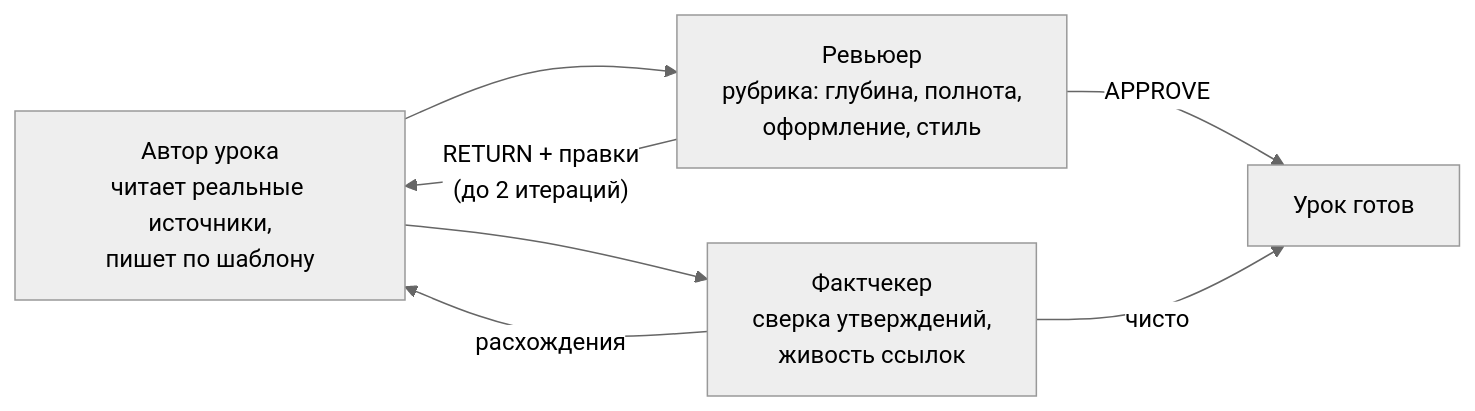
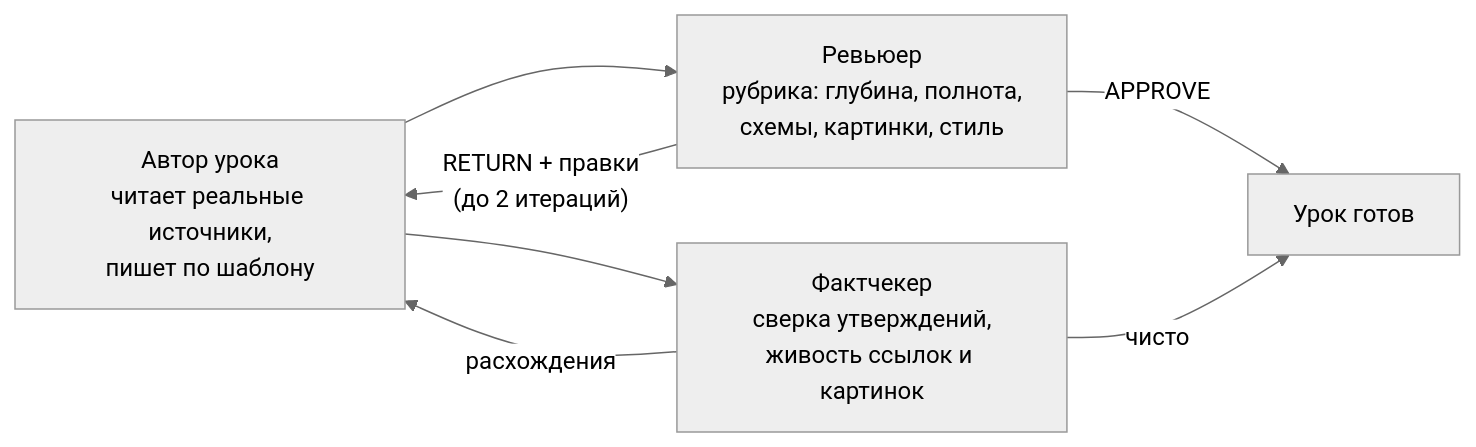
The third of 5 diagrams in README.md (cryptoyoginya/learneverything), drawn with Mermaid before and after one commit. The commit also changed other lines of this file and 11 other files, not shown here.

````diff
--- a/README.md
+++ b/README.md
@@ -68,10 +79,10 @@
 ```mermaid
 %%{init: {'theme':'neutral'}}%%
 graph LR
-    W["Автор урока<br/>читает реальные источники,<br/>пишет по шаблону"] --> R["Ревьюер<br/>рубрика: глубина, полнота,<br/>оформление, стиль"]
-    W --> F["Фактчекер<br/>сверка утверждений,<br/>живость ссылок"]
+    W["Автор урока<br/>читает реальные источники,<br/>пишет по шаблону"] --> R["Ревьюер<br/>рубрика: глубина, полнота,<br/>схемы, картинки, стиль"]
+    W --> F["Фактчекер<br/>сверка утверждений,<br/>живость ссылок и картинок"]
     R -->|"RETURN + правки<br/>(до 2 итераций)"| W
     F -->|"расхождения"| W
     R -->|APPROVE| L["Урок готов"]
     F -->|чисто| L
 ```
````
